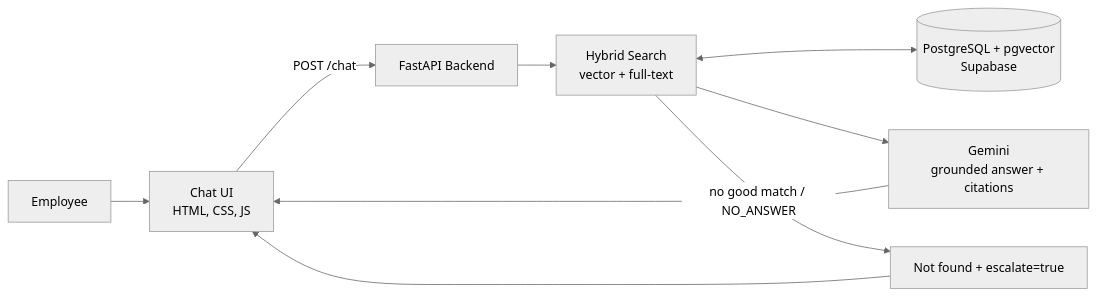
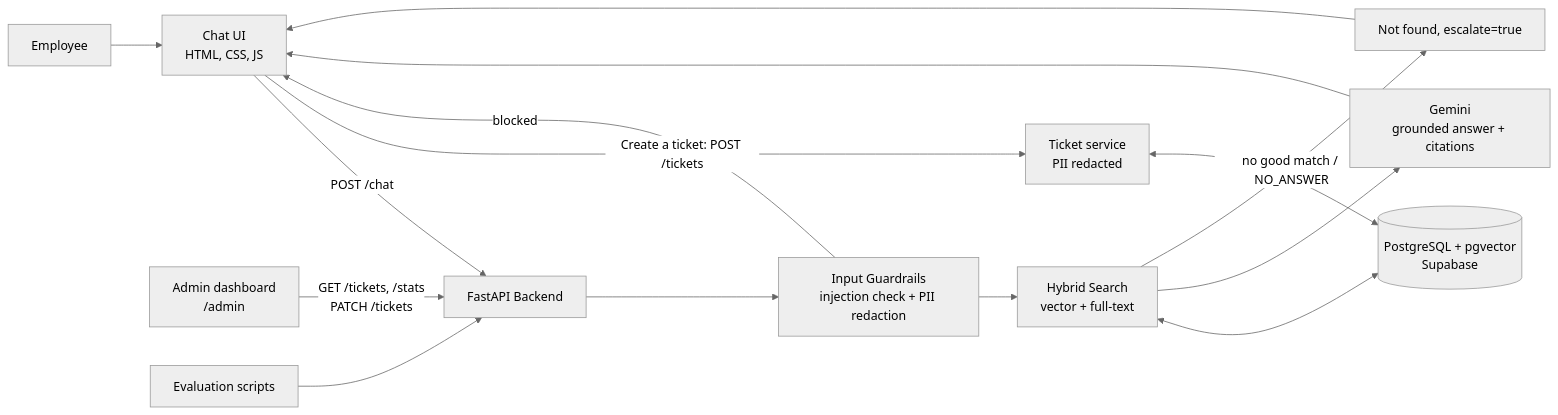
The diagram in ai-has/docs/architecture.md (Orbie-HelpDesk/Orbie), drawn with Mermaid (neutral theme) before and after one commit. The commit also changed other lines of this file and 1 other file, not shown here.

Commit message:
Update README and architecture docs for guardrails, tickets, dashboard and eval

````diff
--- a/ai-has/docs/architecture.md
+++ b/ai-has/docs/architecture.md
@@ -5,11 +3,17 @@
 ```mermaid
 flowchart LR
     U[Employee] --> FE[Chat UI<br/>HTML, CSS, JS]
     FE -->|POST /chat| API[FastAPI Backend]
-    API --> RAG[Hybrid Search<br/>vector + full-text]
+    API --> G1[Input Guardrails<br/>injection check + PII redaction]
+    G1 -->|blocked| FE
+    G1 --> RAG[Hybrid Search<br/>vector + full-text]
     RAG <--> DB[(PostgreSQL + pgvector<br/>Supabase)]
     RAG --> LLM[Gemini<br/>grounded answer + citations]
     LLM --> FE
-    RAG -->|no good match / NO_ANSWER| ESC[Not found + escalate=true]
-    ESC --> FE
+    RAG -->|no good match / NO_ANSWER| NF[Not found, escalate=true]
+    NF --> FE
+    FE -->|Create a ticket: POST /tickets| TK[Ticket service<br/>PII redacted]
+    TK <--> DB
+    AG[Admin dashboard<br/>/admin] -->|GET /tickets, /stats<br/>PATCH /tickets| API
+    EV[Evaluation scripts] --> API
 ```
````
